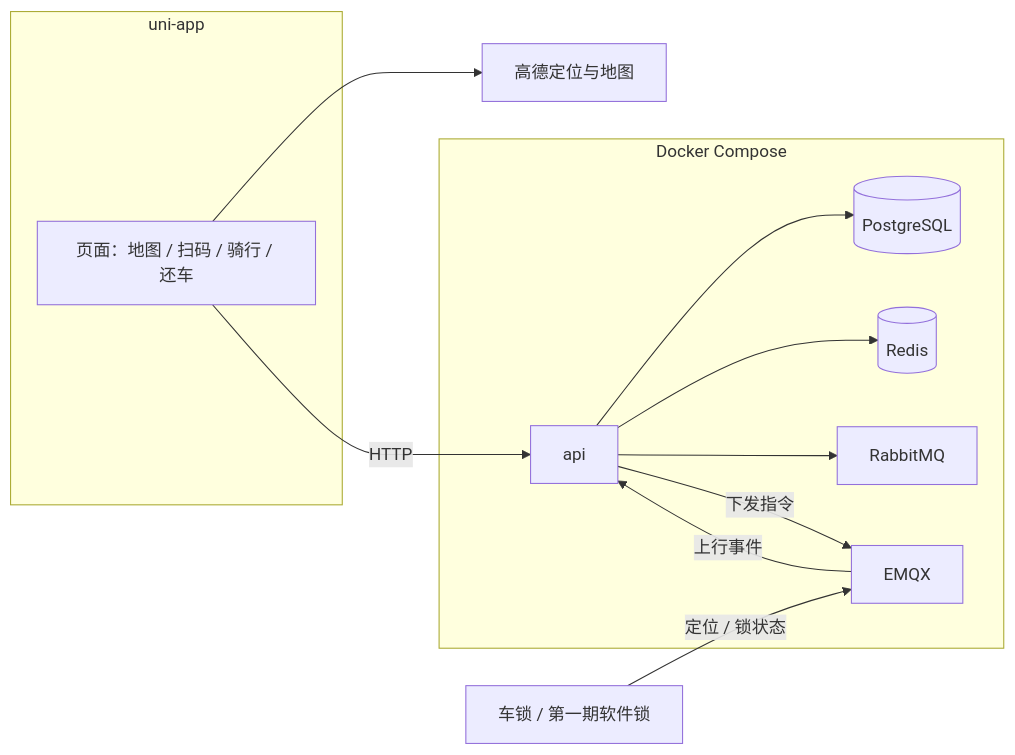
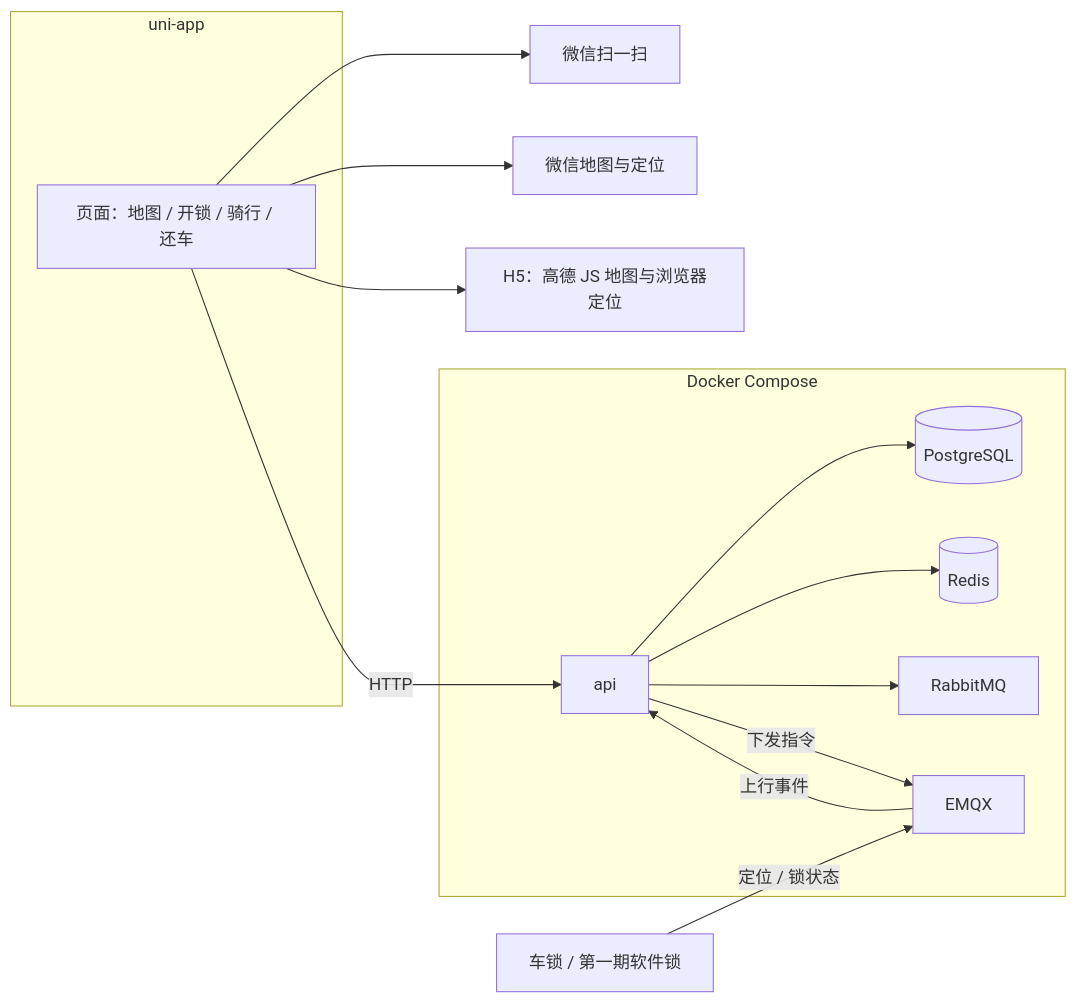
Before and after one commit to RicheJoe/bicycle-monitor: the diagram in docs/技术方案.md, drawn with Mermaid. The commit also changed other lines of this file and 15 other files, not shown here.

````diff
--- a/docs/技术方案.md
+++ b/docs/技术方案.md
@@ -31,27 +31,31 @@
 ```mermaid
 flowchart LR
   subgraph client [uni-app]
-    Pages[页面：地图 / 扫码 / 骑行 / 还车]
+    Pages[页面：地图 / 开锁 / 骑行 / 还车]
   end
 
-  AMap[高德定位与地图]
+  WxScan[微信扫一扫]
+  WxMap[微信地图与定位]
+  H5Map[H5：高德 JS 地图与浏览器定位]
 
   subgraph docker [Docker Compose]
     API[api]
     PG[(PostgreSQL)]
     Redis[(Redis)]
     MQ[RabbitMQ]
     EMQX[EMQX]
   end
 
   Lock[车锁 / 第一期软件锁]
 
-  Pages --> AMap
+  Pages --> WxScan
+  Pages --> WxMap
+  Pages --> H5Map
   Pages -->|HTTP| API
   API --> PG
   API --> Redis
   API --> MQ
   API -->|下发指令| EMQX
   Lock -->|定位 / 锁状态| EMQX
   EMQX -->|上行事件| API
 ```
````
